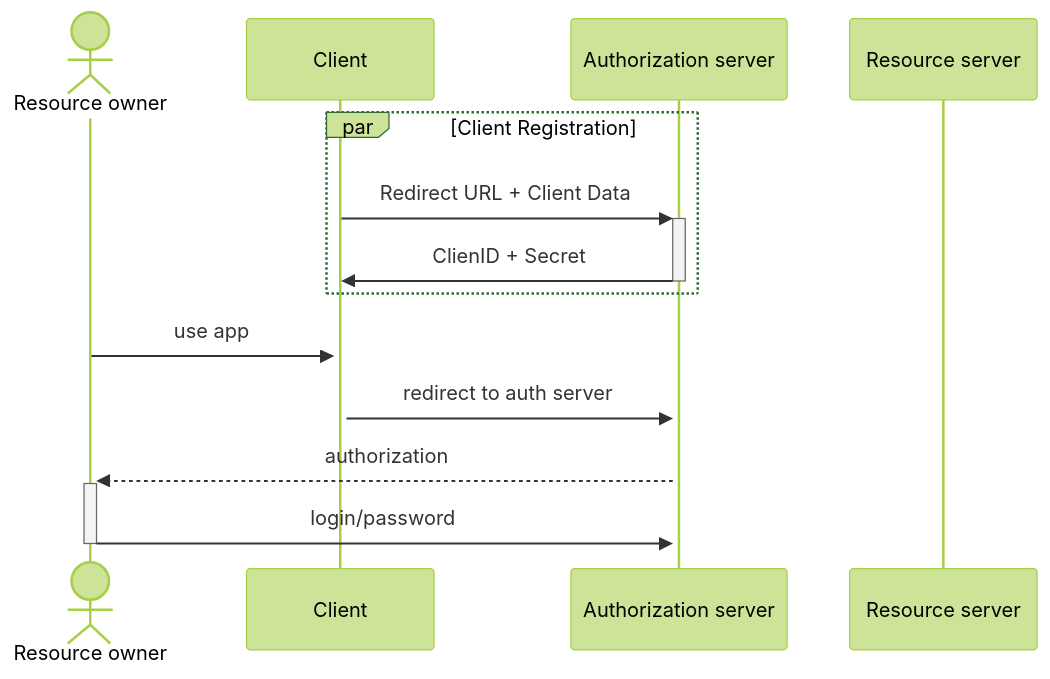
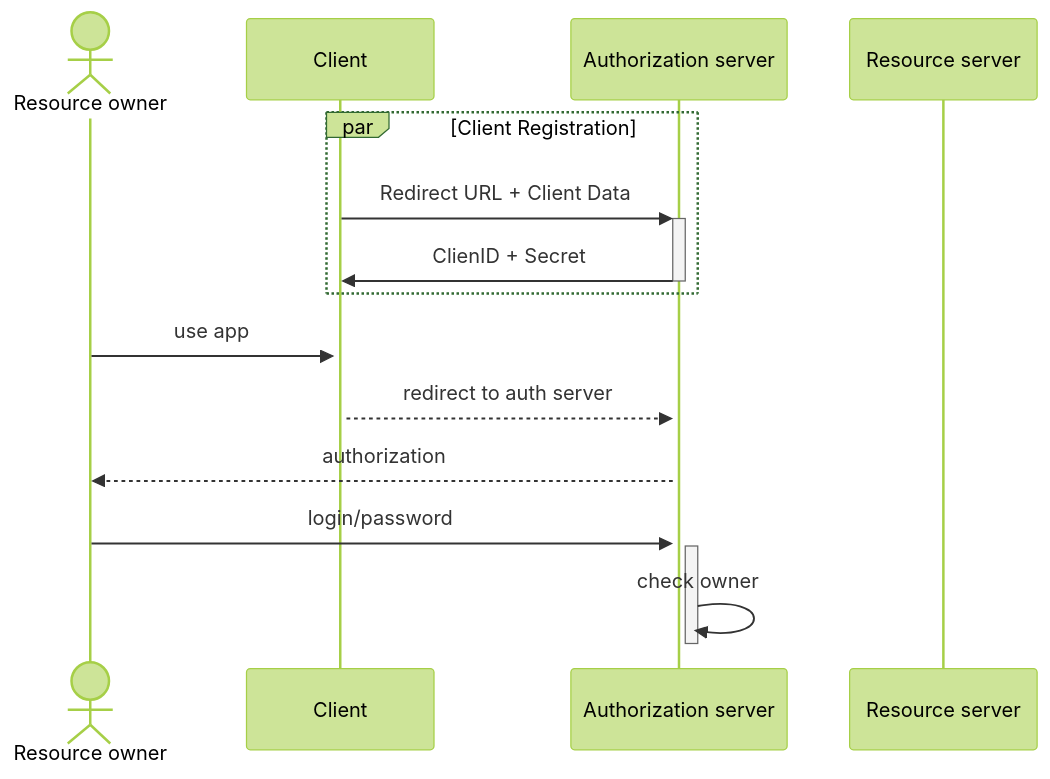
The third of 3 diagrams in CS/Authorization.md (danzay42/Wiki), drawn with Mermaid (forest theme) before and after one commit.

Commit message:
vault backup: 2023-08-16 23:04:19
Affected files:
CS/Authorization.md

````diff
--- a/CS/Authorization.md
+++ b/CS/Authorization.md
@@ -98,19 +98,27 @@
 ```mermaid
 sequenceDiagram
 	%%autonumber%%
 	actor o as Resource owner
 	participant c as Client
 	participant a as Authorization server
 	participant r as Resource server
 
 	par Client Registration
 		c ->>+ a: Redirect URL + Client Data
 		a ->>- c: ClienID + Secret
 	end
 
 	
 	o ->>+ c: use app
-	c ->>+ a: redirect to auth server
-	a -->>+ o: authorization
-	o ->>- a: login/password 
+	c -->>+ a: redirect to auth server
+	
+	a -->> o: authorization
+	o ->>+ a: login/password
+
+	activate a
+	a ->> a: check owner
+	deactivate a
+
+	
+	
 ```
````
